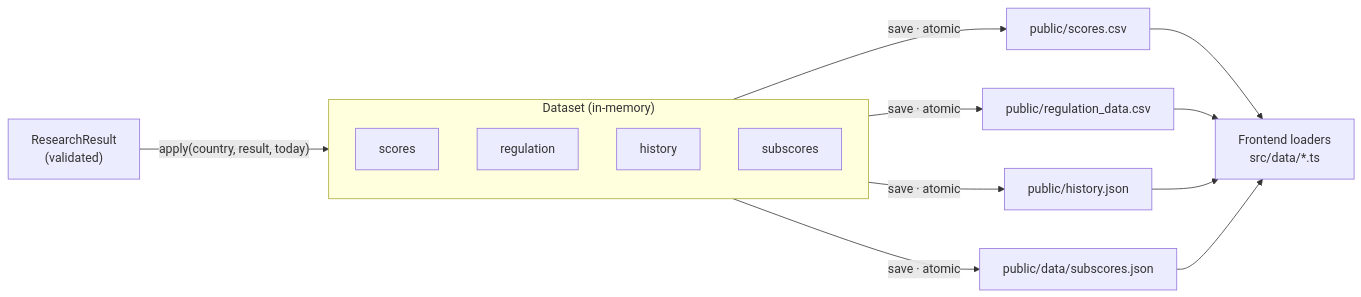
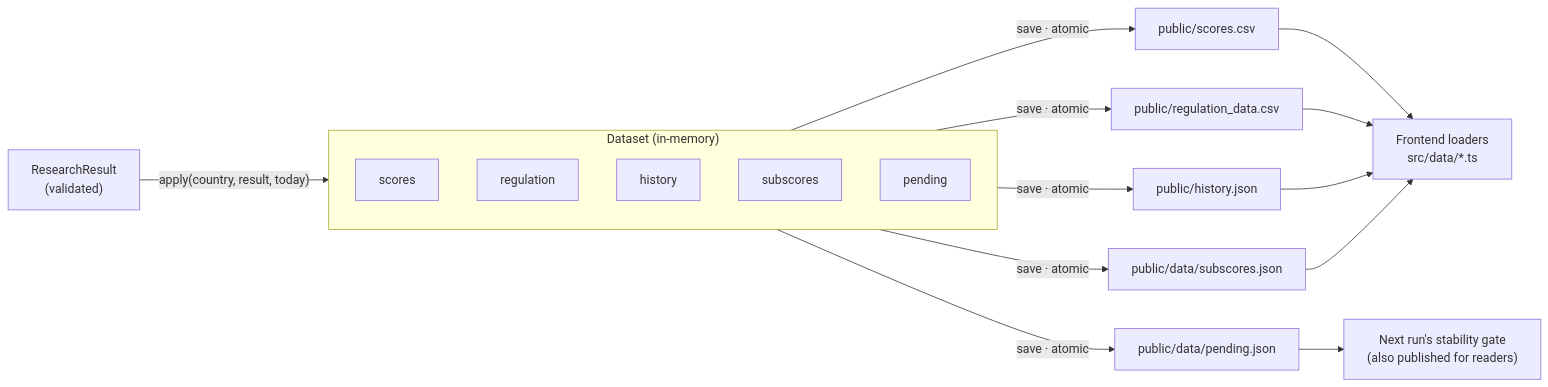
The fifth of 9 diagrams in scripts/regulation_pipeline/README.md (riadeane/airegulationmap), drawn with Mermaid before and after one commit. The commit also changed other lines of this file and 2 other files, not shown here.

````diff
--- a/scripts/regulation_pipeline/README.md
+++ b/scripts/regulation_pipeline/README.md
@@ -242,22 +246,25 @@
 ```mermaid
 flowchart LR
     RES["ResearchResult<br/>(validated)"] -->|"apply(country, result, today)"| DS
 
     subgraph DS["Dataset (in-memory)"]
         direction TB
         S["scores"]
         R["regulation"]
         H["history"]
         SS["subscores"]
+        P["pending"]
     end
 
     DS -->|save · atomic| F1["public/scores.csv"]
     DS -->|save · atomic| F2["public/regulation_data.csv"]
     DS -->|save · atomic| F3["public/history.json"]
     DS -->|save · atomic| F4["public/data/subscores.json"]
+    DS -->|save · atomic| F5["public/data/pending.json"]
 
     F1 --> FE["Frontend loaders<br/>src/data/*.ts"]
     F2 --> FE
     F3 --> FE
     F4 --> FE
+    F5 --> GATE["Next run's stability gate<br/>(also published for readers)"]
 ```
````
